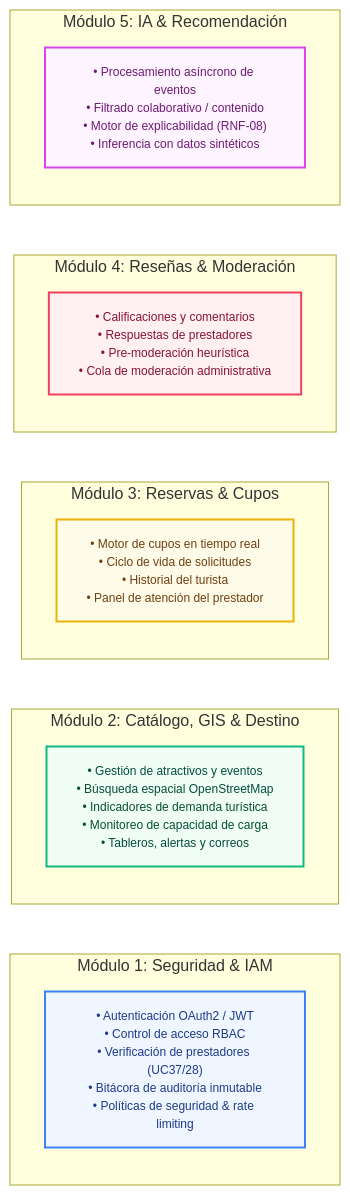
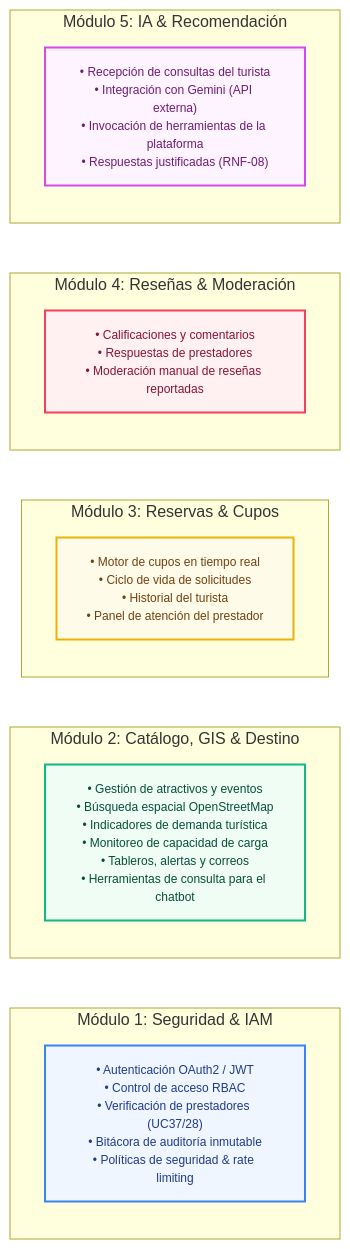
The seventh of 9 diagrams in Documents/Pages/Requirements_docIEEE.md (luifdo/Tourism), drawn with Mermaid before and after one commit. The commit also changed other lines of this file, not shown here.

Commit message:
cambio y adaptacion del documento, reorganizando y aterrizando la idea de ia a la realidad.

````diff
--- a/Documents/Pages/Requirements_docIEEE.md
+++ b/Documents/Pages/Requirements_docIEEE.md
@@ -680,33 +695,33 @@
 ```mermaid
 flowchart LR
     classDef cardIAM fill:#eff6ff,stroke:#3b82f6,stroke-width:2px,color:#1e3a8a,font-size:12px;
     classDef cardCat fill:#f0fdf4,stroke:#10b981,stroke-width:2px,color:#064e3b,font-size:12px;
     classDef cardRes fill:#fefce8,stroke:#eab308,stroke-width:2px,color:#713f12,font-size:12px;
     classDef cardRev fill:#fff1f2,stroke:#f43f5e,stroke-width:2px,color:#881337,font-size:12px;
     classDef cardAI fill:#fdf4ff,stroke:#d946ef,stroke-width:2px,color:#701a75,font-size:12px;
 
     subgraph M1["Módulo 1: Seguridad & IAM"]
         direction TB
         C1["• Autenticación OAuth2 / JWT<br>• Control de acceso RBAC<br>• Verificación de prestadores (UC37/28)<br>• Bitácora de auditoría inmutable<br>• Políticas de seguridad & rate limiting"]:::cardIAM
     end
 
     subgraph M2["Módulo 2: Catálogo, GIS & Destino"]
         direction TB
-        C2["• Gestión de atractivos y eventos<br>• Búsqueda espacial OpenStreetMap<br>• Indicadores de demanda turística<br>• Monitoreo de capacidad de carga<br>• Tableros, alertas y correos"]:::cardCat
+        C2["• Gestión de atractivos y eventos<br>• Búsqueda espacial OpenStreetMap<br>• Indicadores de demanda turística<br>• Monitoreo de capacidad de carga<br>• Tableros, alertas y correos<br>• Herramientas de consulta para el chatbot"]:::cardCat
     end
 
     subgraph M3["Módulo 3: Reservas & Cupos"]
         direction TB
         C3["• Motor de cupos en tiempo real<br>• Ciclo de vida de solicitudes<br>• Historial del turista<br>• Panel de atención del prestador"]:::cardRes
     end
 
     subgraph M4["Módulo 4: Reseñas & Moderación"]
         direction TB
-        C4["• Calificaciones y comentarios<br>• Respuestas de prestadores<br>• Pre-moderación heurística<br>• Cola de moderación administrativa"]:::cardRev
+        C4["• Calificaciones y comentarios<br>• Respuestas de prestadores<br>• Moderación manual de reseñas reportadas"]:::cardRev
     end
 
     subgraph M5["Módulo 5: IA & Recomendación"]
         direction TB
-        C5["• Procesamiento asíncrono de eventos<br>• Filtrado colaborativo / contenido<br>• Motor de explicabilidad (RNF-08)<br>• Inferencia con datos sintéticos"]:::cardAI
+        C5["• Recepción de consultas del turista<br>• Integración con Gemini (API externa)<br>• Invocación de herramientas de la plataforma<br>• Respuestas justificadas (RNF-08)"]:::cardAI
     end
 ```
````
